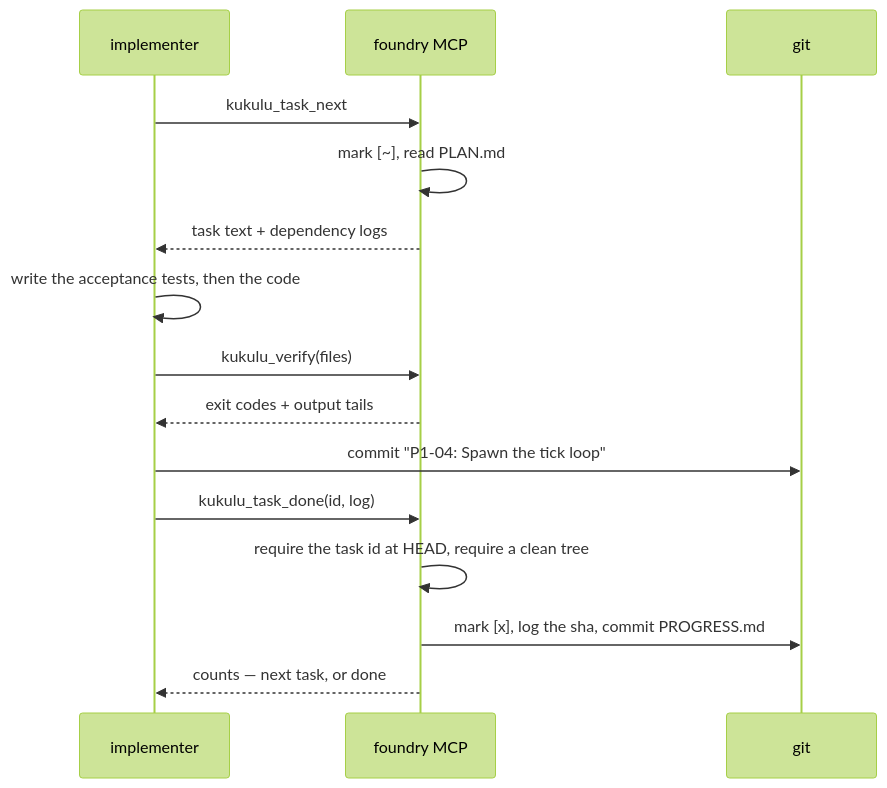
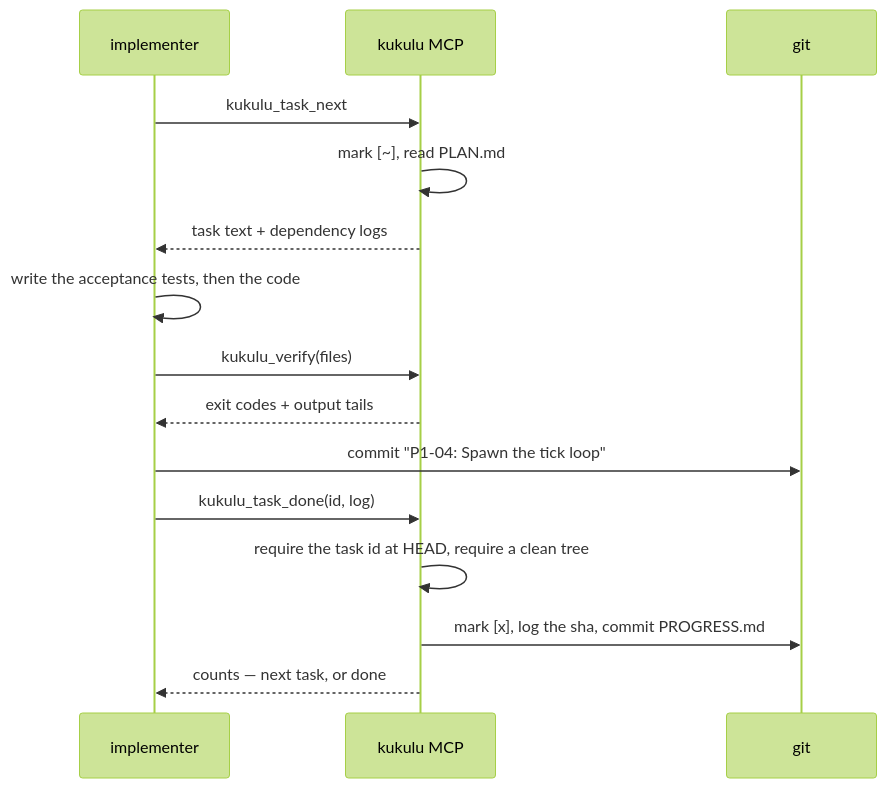
One commit to DisplaceTech/kukulu changed the second of 3 diagrams in README.md. Above: the diagram before and after it, drawn with Mermaid (forest theme). The commit also changed other lines of this file and 25 other files, not shown here.

````diff
--- a/README.md
+++ b/README.md
@@ -129,18 +129,18 @@
 ```mermaid
 sequenceDiagram
     participant I as implementer
-    participant M as foundry MCP
+    participant M as kukulu MCP
     participant G as git
 
     I->>M: kukulu_task_next
     M->>M: mark [~], read PLAN.md
     M-->>I: task text + dependency logs
     I->>I: write the acceptance tests, then the code
     I->>M: kukulu_verify(files)
     M-->>I: exit codes + output tails
     I->>G: commit "P1-04: Spawn the tick loop"
     I->>M: kukulu_task_done(id, log)
     M->>M: require the task id at HEAD, require a clean tree
     M->>G: mark [x], log the sha, commit PROGRESS.md
     M-->>I: counts — next task, or done
 ```
````
